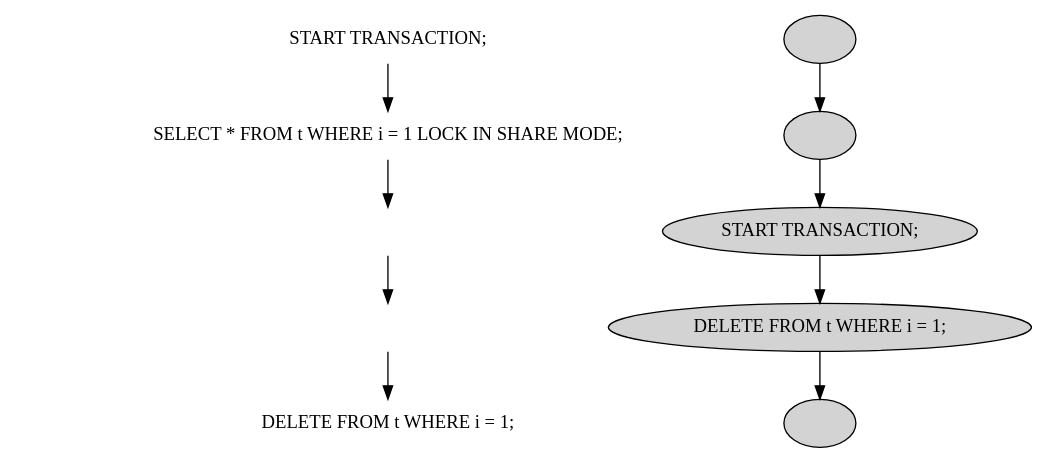
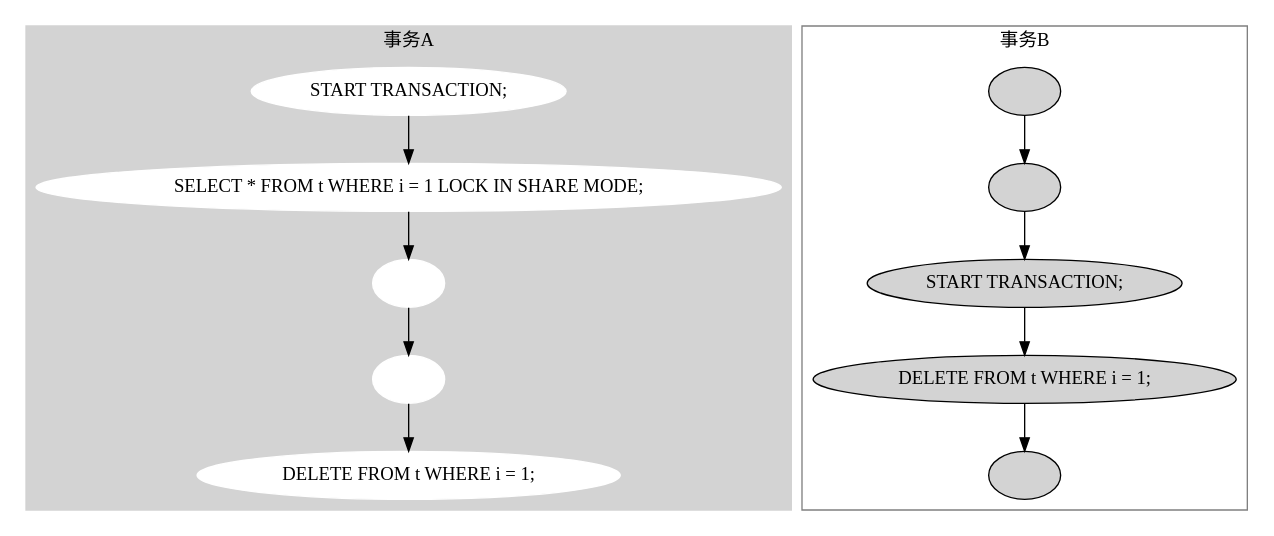
One commit to MoonChaserChen/Re0-mysql changed the diagram in InnoDB/InnoDB中的死锁.md. Above: the diagram before and after it, drawn with Graphviz.

Commit message:
commit change

````diff
--- a/InnoDB/InnoDB中的死锁.md
+++ b/InnoDB/InnoDB中的死锁.md
@@ -12,31 +12,31 @@
 ```dot
 digraph G {
 
-  subgraph T0 {
+  subgraph cluster_0 {
     style=filled;
     color=lightgrey;
     node [style=filled,color=white];
     a0 -> a1 -> a2 -> a3 -> a4;
     label = "事务A";
   }
 
-  subgraph T1 {
+  subgraph cluster_1 {
     node [style=filled];
     b0 -> b1 -> b2 -> b3 -> b4;
     label = "事务B";
     color=grey
   }
 
     a0[label = "START TRANSACTION;"]
     a1[label = "SELECT * FROM t WHERE i = 1 LOCK IN SHARE MODE;"]
     a2[label = ""]
     a3[label = ""]
     a4[label = "DELETE FROM t WHERE i = 1;"]
     
     b0[label = ""]
     b1[label = ""]
     b2[label = "START TRANSACTION;"]
     b3[label = "DELETE FROM t WHERE i = 1;"]
     b4[label = ""]
 }
 ```
````
